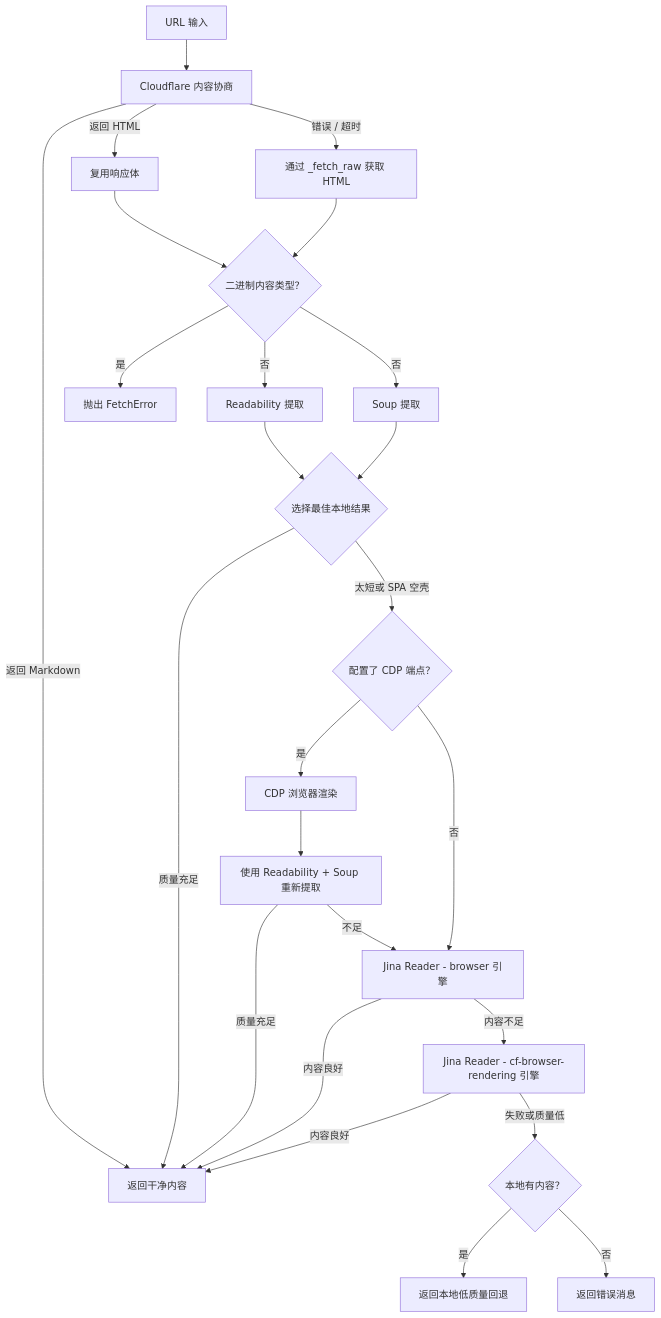
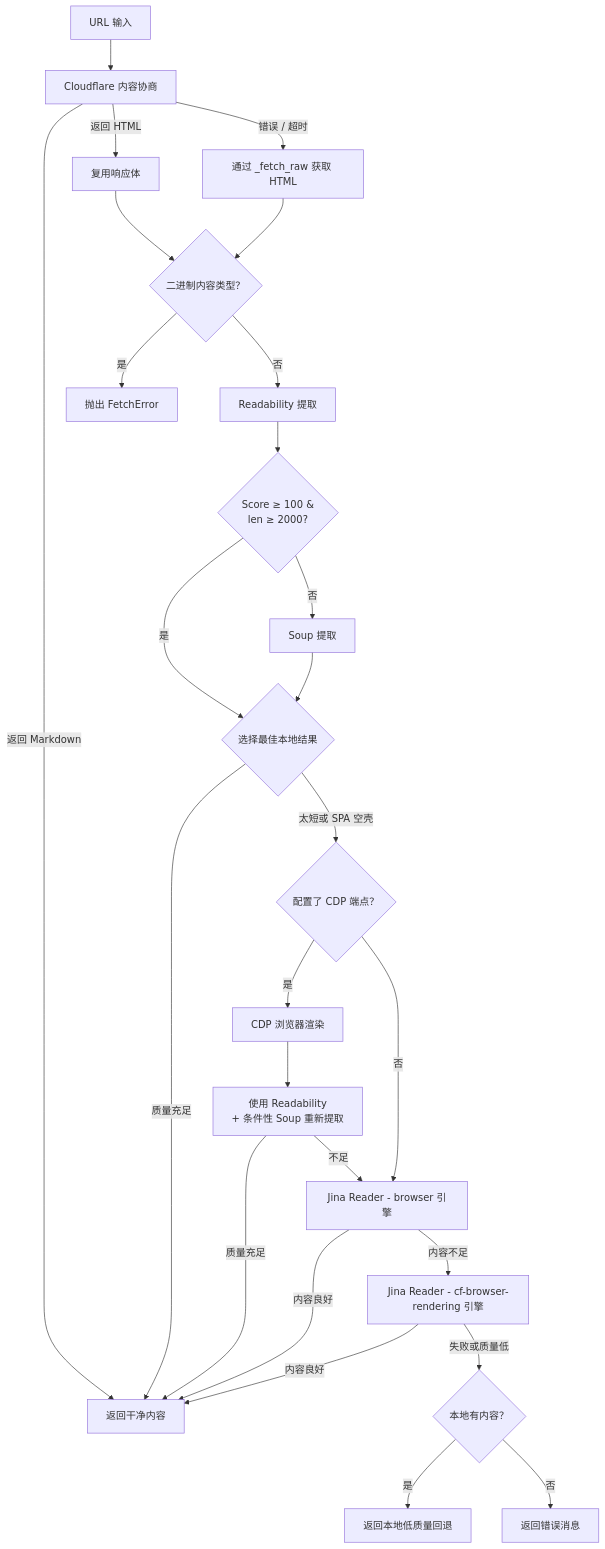
One commit to Oaklight/toolregistry-hub changed the diagram in docs/tools/websearch/web_fetch_tool.md. Above: the diagram before and after it, drawn with Mermaid. The commit also changed other lines of this file and 1 other file, not shown here.

First line of the commit message:
docs(zh): 添加 P3 soup 跳过优化到更新日志和 web_fetch_tool 文档

````diff
--- a/docs/tools/websearch/web_fetch_tool.md
+++ b/docs/tools/websearch/web_fetch_tool.md
@@ -97,26 +98,30 @@
 ```mermaid
 flowchart TD
     A[URL 输入] --> B[Cloudflare 内容协商]
     B -->|返回 Markdown| Z[返回干净内容]
     B -->|返回 HTML| REUSE[复用响应体]
     B -->|错误 / 超时| C[通过 _fetch_raw 获取 HTML]
     REUSE --> BIN{二进制内容类型？}
     C --> BIN
     BIN -->|是| ERR[抛出 FetchError]
     BIN -->|否| D[Readability 提取]
-    BIN -->|否| E[Soup 提取]
-    D & E --> F{选择最佳本地结果}
+    D --> SK{Score ≥ 100 &
+    len ≥ 2000?}
+    SK -->|是| F{选择最佳本地结果}
+    SK -->|否| E[Soup 提取]
+    E --> F
     F -->|质量充足| Z
     F -->|太短或 SPA 空壳| CDP{配置了 CDP 端点？}
     CDP -->|是| CDP1[CDP 浏览器渲染]
-    CDP1 --> CDP2[使用 Readability + Soup 重新提取]
+    CDP1 --> CDP2[使用 Readability
+    + 条件性 Soup 重新提取]
     CDP2 -->|质量充足| Z
     CDP2 -->|不足| G[Jina Reader - browser 引擎]
     CDP -->|否| G
     G -->|内容良好| Z
     G -->|内容不足| G2[Jina Reader - cf-browser-rendering 引擎]
     G2 -->|内容良好| Z
     G2 -->|失败或质量低| H{本地有内容？}
     H -->|是| I[返回本地低质量回退]
     H -->|否| J[返回错误消息]
 ```
````
